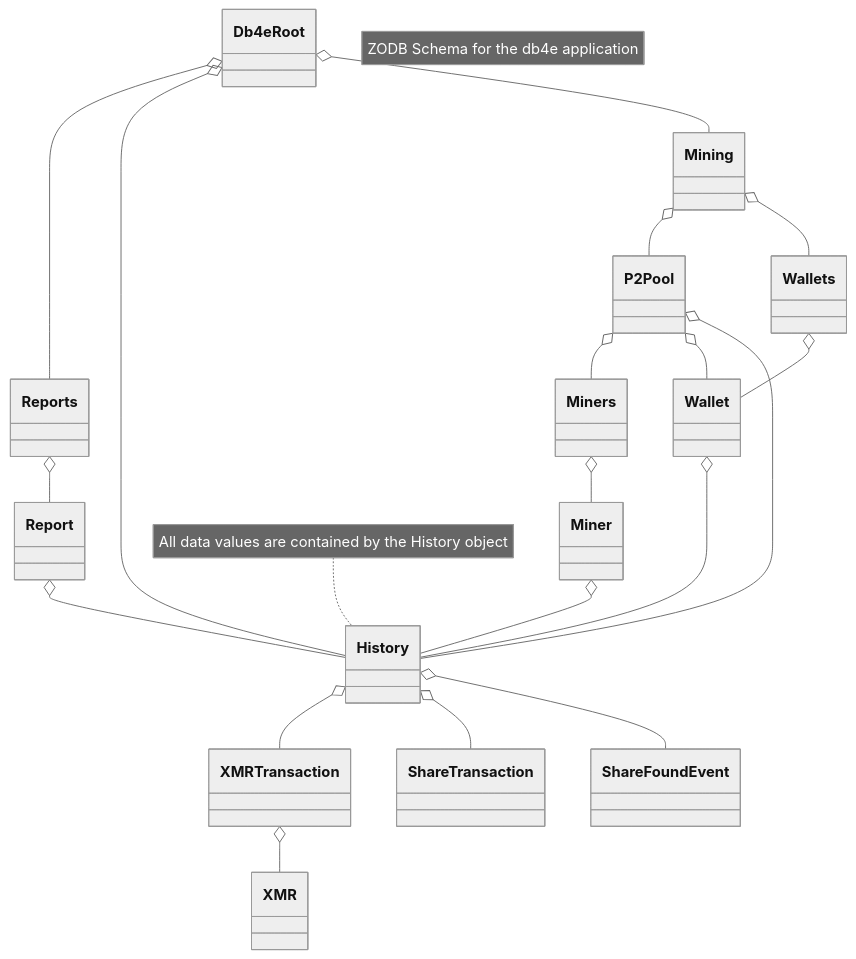
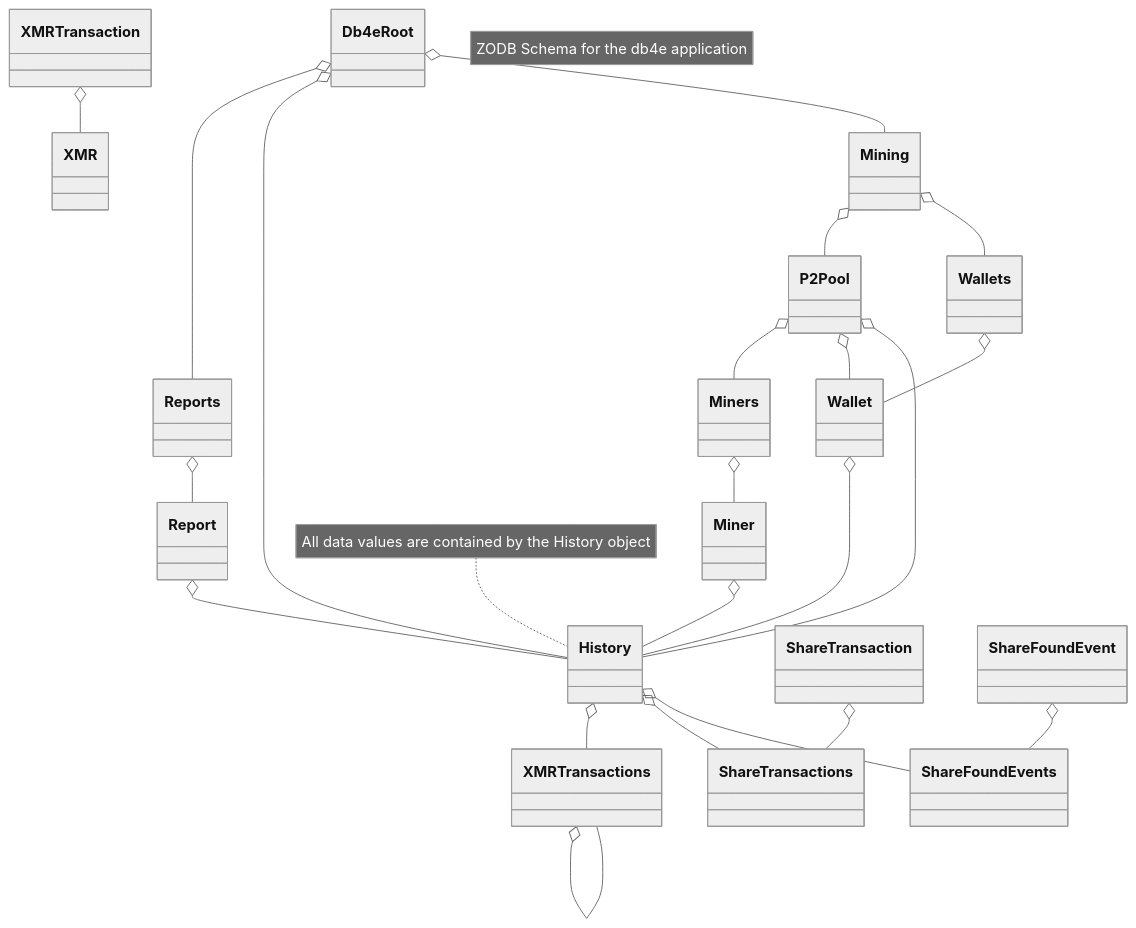
The diagram in _posts/2024-06-05-ZODB-Schema.md (NadimGhaznavi/myzodb), drawn with Mermaid (neutral theme) before and after one commit.

```diff
--- a/_posts/2024-06-05-ZODB-Schema.md
+++ b/_posts/2024-06-05-ZODB-Schema.md
@@ -12,30 +12,33 @@
 <pre class="mermaid">    
   classDiagram
     note "ZODB Schema for the db4e application"
     Db4eRoot o-- Reports
     Db4eRoot o-- History
     Db4eRoot o-- Mining
     
     Reports o-- Report
     
     Mining o-- P2Pool
     Mining o-- Wallets
 
     Wallets o-- Wallet
 
     P2Pool o-- Miners
     Miners o-- Miner
     P2Pool o-- Wallet
     P2Pool o-- History
         
     Report o-- History
     Wallet o-- History
     Miner o-- History
         
-    History o-- XMRTransaction
-    History o-- ShareTransaction
-    History o-- ShareFoundEvent
-    
+    History o-- XMRTransactions
+    History o-- ShareTransactions
+    History o-- ShareFoundEvents
+    XMRTransactions o-- XMRTransactions
+    ShareTransaction o-- ShareTransactions
+    ShareFoundEvent o-- ShareFoundEvents
+
     XMRTransaction o-- XMR
     note for History "All data values are contained by the History object"
 </pre>
```
